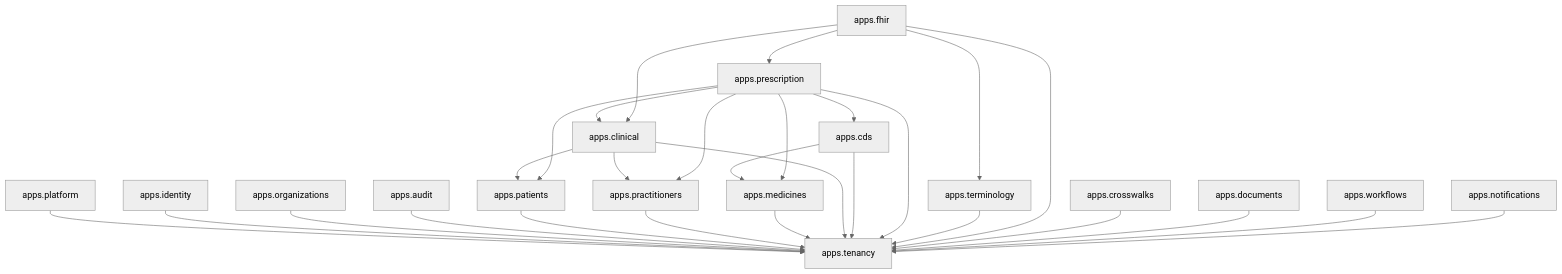
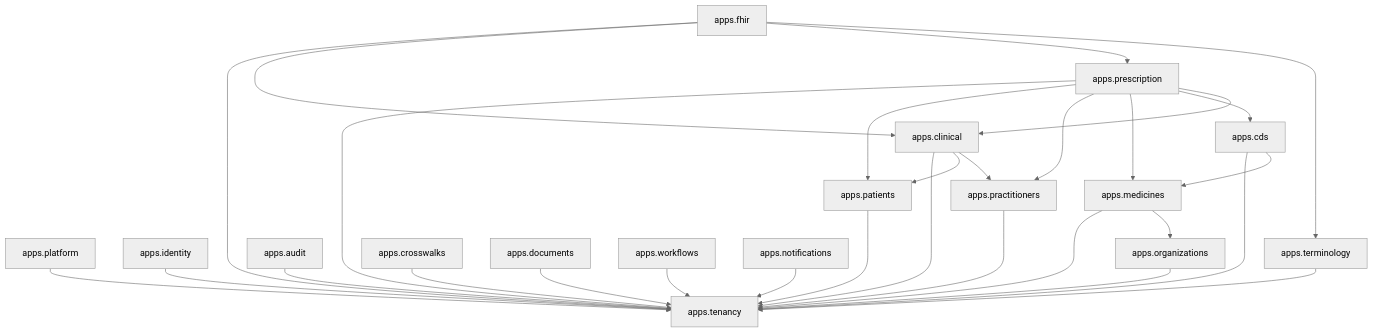
One commit to cksidney/TibaTrace changed the first of 2 diagrams in docs/architecture/REPOSITORY_DEPENDENCY_GRAPH.md. Above: the diagram before and after it, drawn with Mermaid (neutral theme). The commit also changed 27 other files, not shown here.

Commit message:
feat: establish enterprise medicine catalogue and product master

````diff
--- a/docs/architecture/REPOSITORY_DEPENDENCY_GRAPH.md
+++ b/docs/architecture/REPOSITORY_DEPENDENCY_GRAPH.md
@@ -13,39 +13,40 @@
 ```mermaid
 graph TD
     %% Core Infrastructure & Tenancy
     platform[apps.platform] --> tenancy[apps.tenancy]
     identity[apps.identity] --> tenancy
     organizations[apps.organizations] --> tenancy
     audit[apps.audit] --> tenancy
 
-    %% Clinical Core
+    %% Clinical Core & Enterprise Medicine Master
     patients[apps.patients] --> tenancy
     practitioners[apps.practitioners] --> tenancy
     medicines[apps.medicines] --> tenancy
+    medicines --> organizations
     clinical[apps.clinical] --> tenancy
     clinical --> patients
     clinical --> practitioners
 
     %% Prescription & CDS
     cds[apps.cds] --> tenancy
     cds --> medicines
     prescription[apps.prescription] --> tenancy
     prescription --> patients
     prescription --> practitioners
     prescription --> medicines
     prescription --> cds
     prescription --> clinical
 
     %% FHIR & Terminology
     terminology[apps.terminology] --> tenancy
     fhir[apps.fhir] --> tenancy
     fhir --> clinical
     fhir --> prescription
     fhir --> terminology
 
     %% Auxiliary & Integration
     crosswalks[apps.crosswalks] --> tenancy
     documents[apps.documents] --> tenancy
     workflows[apps.workflows] --> tenancy
     notifications[apps.notifications] --> tenancy
 ```
````
